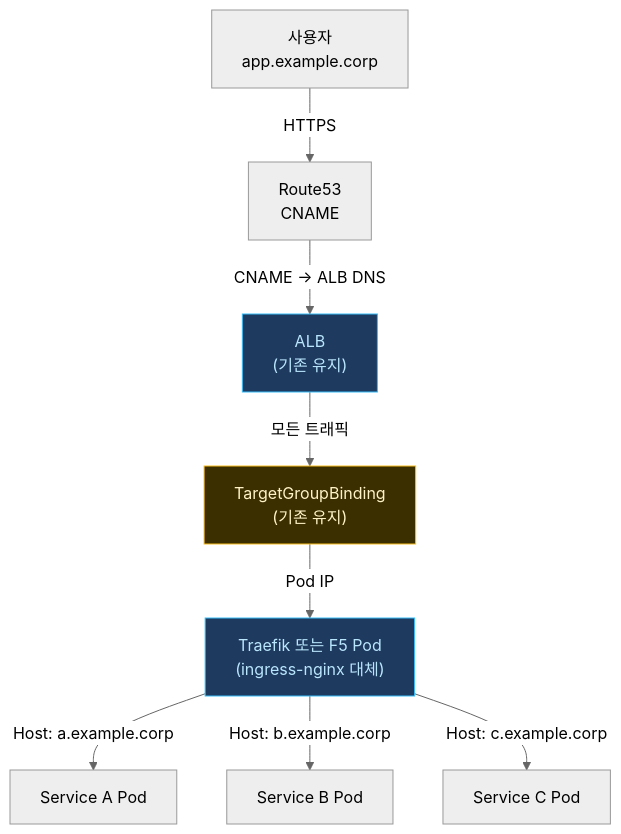
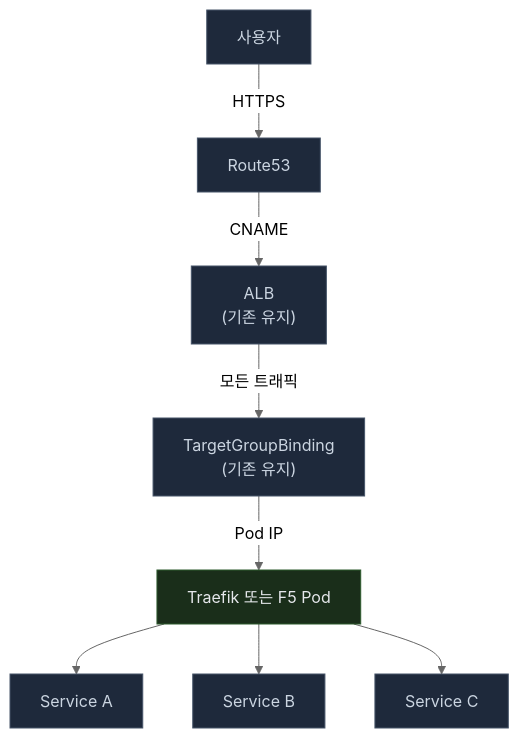
The sixth of 12 diagrams in content/kubernetes/ingress-nginx-eol-migration-plan.md (kimduksoo/duksoo-tech-blog), drawn with Mermaid (neutral theme) before and after one commit. The commit also changed other lines of this file, not shown here.

First line of the commit message:
fix: Mermaid 다이어그램 다크 톤 + 수직 배치

````diff
--- a/content/kubernetes/ingress-nginx-eol-migration-plan.md
+++ b/content/kubernetes/ingress-nginx-eol-migration-plan.md
@@ -189,23 +196,28 @@
 ```mermaid
 flowchart TB
-    User["사용자<br/>app.example.corp"]
-    DNS["Route53<br/>CNAME"]
-    ALB["ALB<br/>(기존 유지)"]
-    TGB["TargetGroupBinding<br/>(기존 유지)"]
-    NEW["Traefik 또는 F5 Pod<br/>(ingress-nginx 대체)"]
-    SvcA["Service A Pod"]
-    SvcB["Service B Pod"]
-    SvcC["Service C Pod"]
+    User["사용자"]
+    DNS["Route53"]
+    ALB["ALB\n(기존 유지)"]
+    TGB["TargetGroupBinding\n(기존 유지)"]
+    NEW["Traefik 또는 F5 Pod"]
+    SvcA["Service A"]
+    SvcB["Service B"]
+    SvcC["Service C"]
 
     User -->|"HTTPS"| DNS
-    DNS -->|"CNAME → ALB DNS"| ALB
+    DNS -->|"CNAME"| ALB
     ALB -->|"모든 트래픽"| TGB
     TGB -->|"Pod IP"| NEW
-    NEW -->|"Host: a.example.corp"| SvcA
-    NEW -->|"Host: b.example.corp"| SvcB
-    NEW -->|"Host: c.example.corp"| SvcC
+    NEW --> SvcA
+    NEW --> SvcB
+    NEW --> SvcC
 
-    style NEW fill:#1e3a5f,stroke:#38bdf8,color:#bae6fd
-    style ALB fill:#1e3a5f,stroke:#38bdf8,color:#bae6fd
-    style TGB fill:#3b2f00,stroke:#fbbf24,color:#fef3c7
+    style User fill:#1e293b,stroke:#475569,color:#cbd5e1
+    style DNS fill:#1e293b,stroke:#475569,color:#cbd5e1
+    style ALB fill:#1e293b,stroke:#475569,color:#cbd5e1
+    style TGB fill:#1e293b,stroke:#475569,color:#cbd5e1
+    style NEW fill:#1a2e1a,stroke:#2d5a2d,color:#e5e7eb
+    style SvcA fill:#1e293b,stroke:#475569,color:#cbd5e1
+    style SvcB fill:#1e293b,stroke:#475569,color:#cbd5e1
+    style SvcC fill:#1e293b,stroke:#475569,color:#cbd5e1
 ```
````
